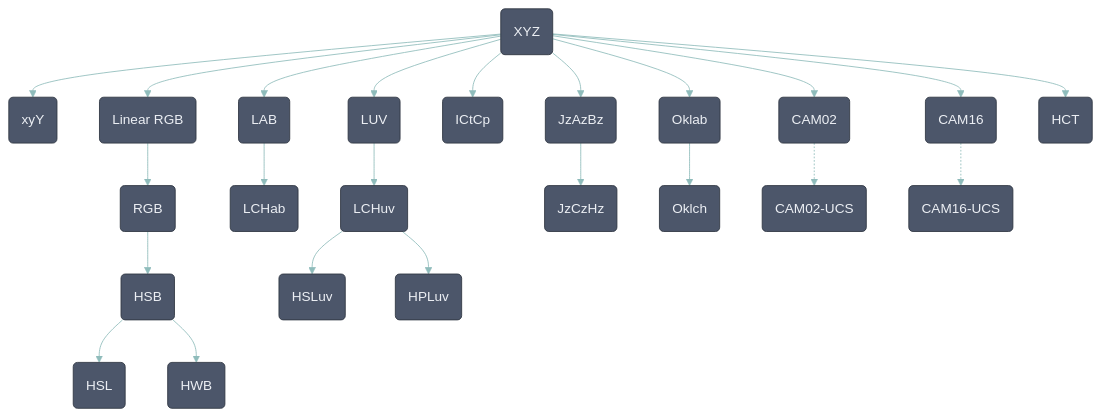
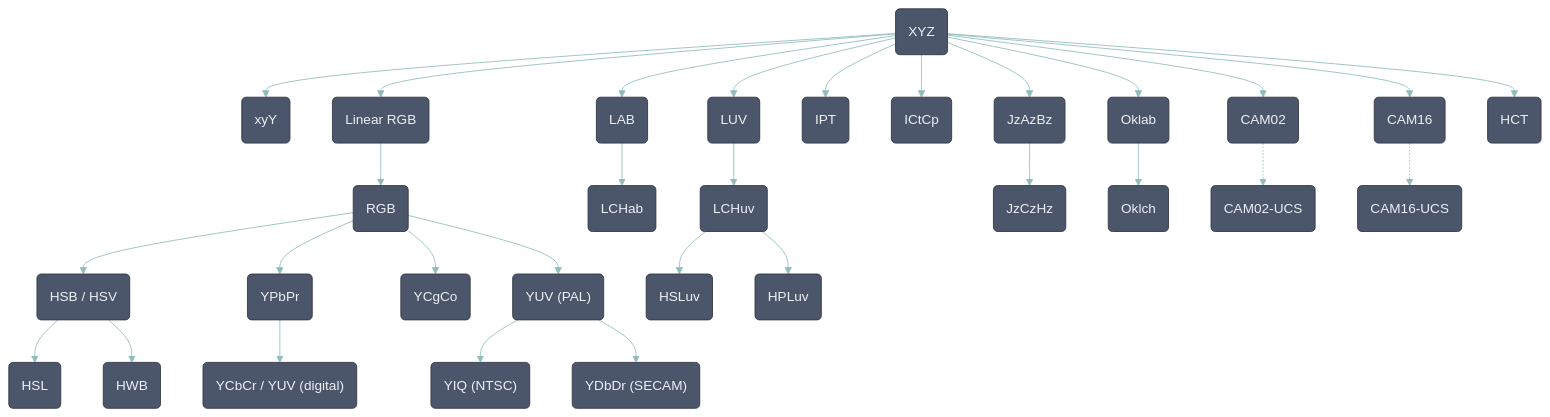
Before and after one commit to waacton/Unicolour: the diagram in README.md, drawn with Mermaid. The commit also changed other lines of this file and 101 other files, not shown here.

Commit message:
Add YCbCr, YUV & IPT support

````diff
--- a/README.md
+++ b/README.md
@@ -152,63 +160,77 @@
 ```mermaid
 %%{
   init: {
   "theme": "base",
   "themeVariables": {
     "primaryColor": "#4C566A",
     "primaryTextColor": "#ECEFF4",
     "primaryBorderColor": "#2E3440",
     "lineColor": "#8FBCBB",
     "secondaryColor": "#404046",
     "tertiaryColor": "#404046"
     }
   }
 }%%
 
 flowchart TD
   XYY(xyY)
   RGBLIN(Linear RGB)
   RGB(RGB)
-  HSB(HSB)
+  HSB(HSB / HSV)
   HSL(HSL)
   HWB(HWB)
   XYZ(XYZ)
   LAB(LAB)
   LCHAB(LCHab)
   LUV(LUV)
   LCHUV(LCHuv)
   HSLUV(HSLuv)
   HPLUV(HPLuv)
+  YPBPR(YPbPr)
+  YCBCR("YCbCr / YUV (digital)")
+  YCGCO("YCgCo")
+  YUV("YUV (PAL)")
+  YIQ("YIQ (NTSC)")
+  YDBDR("YDbDr (SECAM)")
+  IPT(IPT)
   ICTCP(ICtCp)
   JZAZBZ(JzAzBz)
   JZCZHZ(JzCzHz)
   OKLAB(Oklab)
   OKLCH(Oklch)
   CAM02(CAM02)
   CAM02UCS(CAM02-UCS)
   CAM16(CAM16)
   CAM16UCS(CAM16-UCS)
   HCT(HCT)
 
   XYZ --> XYY
   XYZ --> RGBLIN
   RGBLIN --> RGB
   RGB --> HSB
   HSB --> HSL
   HSB --> HWB
   XYZ --> LAB
   LAB --> LCHAB
   XYZ --> LUV
   LUV --> LCHUV
   LCHUV --> HSLUV
   LCHUV --> HPLUV
+  RGB --> YPBPR
+  YPBPR --> YCBCR
+  RGB --> YCGCO
+  RGB --> YUV
+  YUV --> YIQ
+  YUV --> YDBDR
+  XYZ --> IPT
   XYZ --> ICTCP
   XYZ --> JZAZBZ
   JZAZBZ --> JZCZHZ
   XYZ --> OKLAB
   OKLAB --> OKLCH
   XYZ --> CAM02
   CAM02 -.-> CAM02UCS
   XYZ --> CAM16
   CAM16 -.-> CAM16UCS
   XYZ --> HCT
 ```
````
